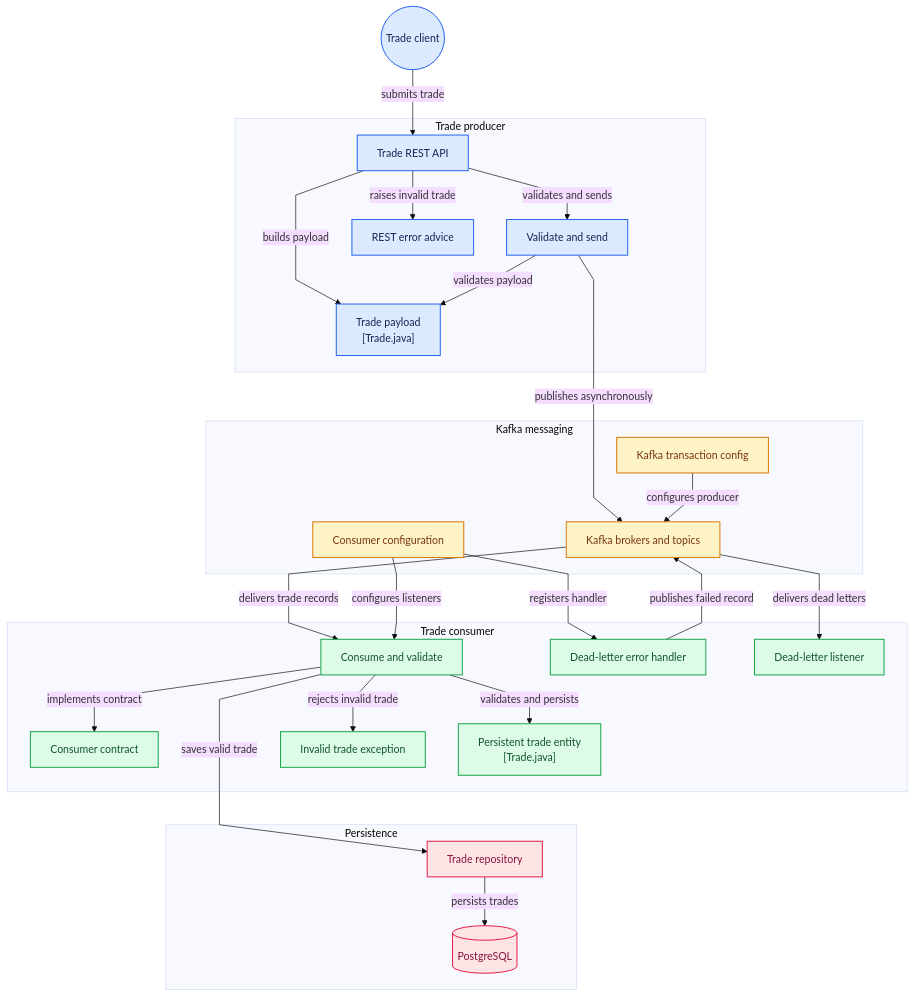
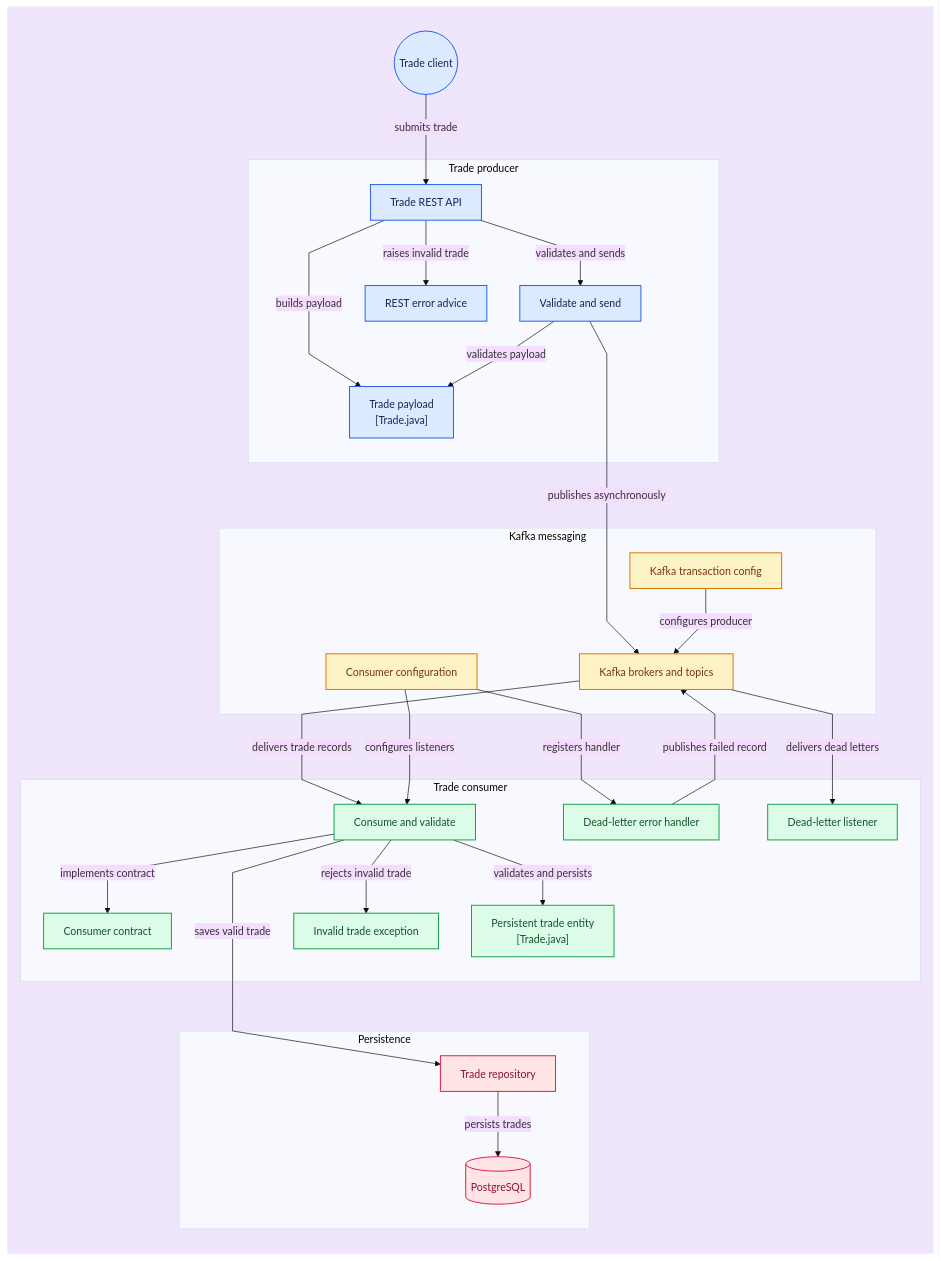
Before and after one commit to atillatan/kafka-microservices-and-transactions: the diagram in README.md, drawn with Mermaid (base theme).

Commit message:
Add background colour to the architecture diagram

```diff
--- a/README.md
+++ b/README.md
@@ -8,6 +8,8 @@
     curve: linear
 ---
 flowchart TD
+subgraph canvas[" "]
+  direction TB
 
 subgraph group_producer["Trade producer"]
   node_controller["Trade REST API"]
@@ -62,6 +64,9 @@
 node_kafka ~~~ node_error_handler
 node_consumer_model ~~~ node_repository
 
+end
+style canvas fill:#efe6fb,stroke:none
+
 click node_controller "https://github.com/atillatan/kafka-microservices-and-transactions/blob/main/src/producer/src/main/java/com/tradingcorp/producer/controller/TradeController.java"
 click node_producer_service "https://github.com/atillatan/kafka-microservices-and-transactions/blob/main/src/producer/src/main/java/com/tradingcorp/producer/service/TradeProducerService.java"
 click node_producer_model "https://github.com/atillatan/kafka-microservices-and-transactions/blob/main/src/producer/src/main/java/com/tradingcorp/model/Trade.java"
```
